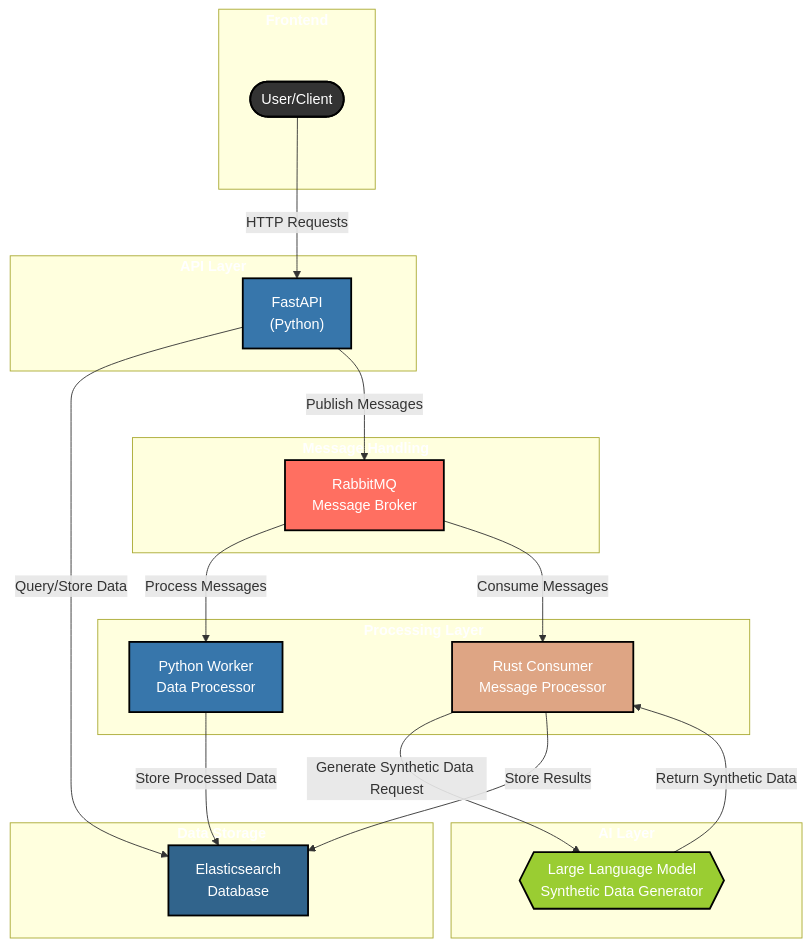
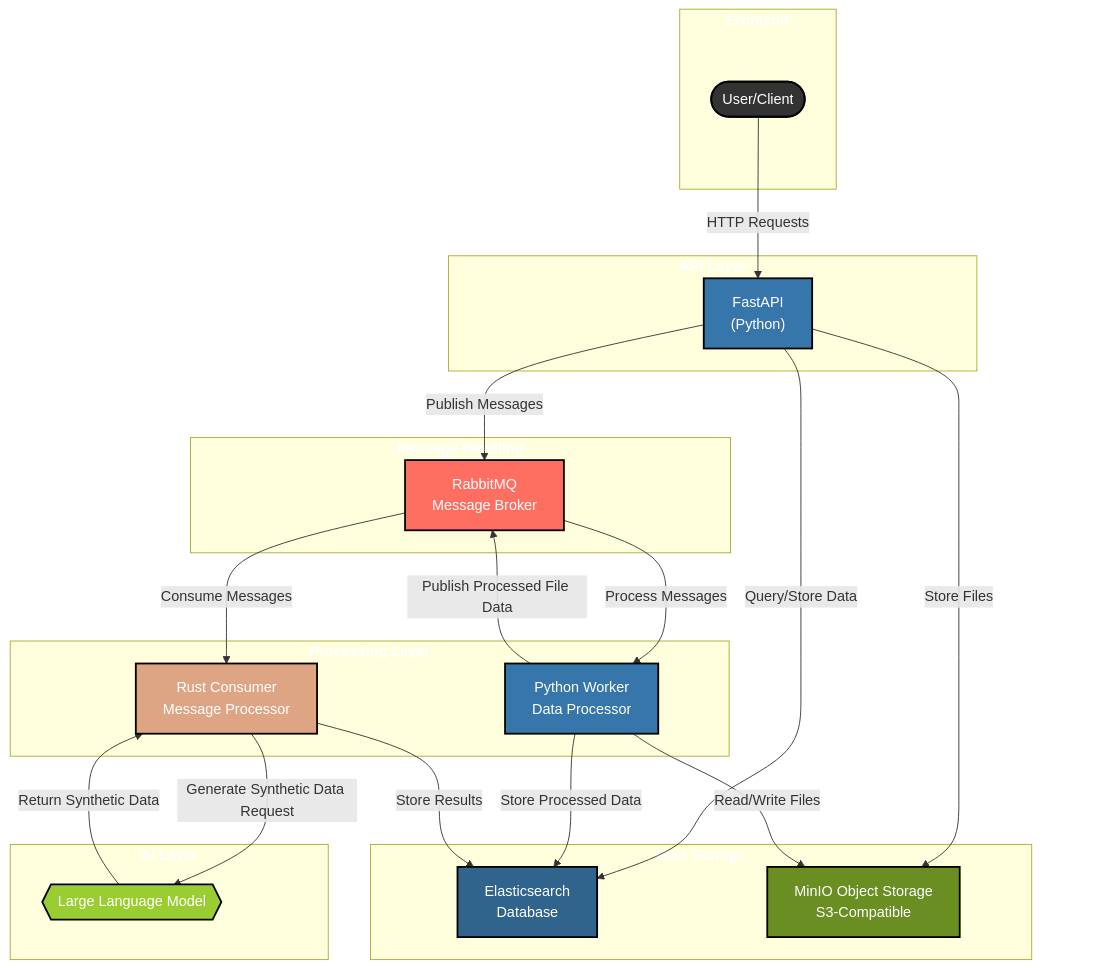
Before and after one commit to nasirus/synthgen: the diagram in README.md, drawn with Mermaid. The commit also changed 1 other file, not shown here.

Commit message:
Add MinIO for temporary file storage in architecture
- Integrated MinIO S3-compatible object storage into system architecture
- Updated ARCHITECTURE.md and README.md flowcharts to include MinIO
- Defined MinIO's role in temporary file handling for workers and API
- Modified data flow description to incorporate file storage and processing steps
- Added new architecture section explaining MinIO's purpose and functionality

```diff
--- a/README.md
+++ b/README.md
@@ -61,8 +61,9 @@
     Message Broker"]
     elasticsearch["Elasticsearch
     Database"]
-    llm{{"Large Language Model
-    Synthetic Data Generator"}}
+    minio["MinIO Object Storage
+    S3-Compatible"]
+    llm{{"Large Language Model"}}
     consumer["Rust Consumer
     Message Processor"]
     worker["Python Worker
@@ -72,9 +73,12 @@
     client -->|"HTTP Requests"| api
     api -->|"Query/Store Data"| elasticsearch
     api -->|"Publish Messages"| rabbitmq
+    api -->|"Store Files"| minio
     rabbitmq -->|"Process Messages"| worker
+    worker -->|"Publish Processed File Data"| rabbitmq
     rabbitmq -->|"Consume Messages"| consumer
     worker -->|"Store Processed Data"| elasticsearch
+    worker -->|"Read/Write Files"| minio
     consumer -->|"Generate Synthetic Data Request"| llm
     llm -->|"Return Synthetic Data"| consumer
     consumer -->|"Store Results"| elasticsearch
@@ -83,6 +87,7 @@
     classDef clientStyle fill:#333,stroke:#000,color:white,stroke-width:2px,text-align:center
     classDef apiStyle fill:#3776AB,stroke:#000,color:white,stroke-width:2px,text-align:center
     classDef dbStyle fill:#31648C,stroke:#000,color:white,stroke-width:2px,text-align:center
+    classDef storageStyle fill:#6B8E23,stroke:#000,color:white,stroke-width:2px,text-align:center
     classDef msgStyle fill:#FF6F61,stroke:#000,color:white,stroke-width:2px,text-align:center
     classDef llmStyle fill:#9ACD32,stroke:#000,color:white,stroke-width:2px,text-align:center
     classDef workerStyle fill:#3776AB,stroke:#000,color:white,stroke-width:2px,text-align:center
@@ -95,6 +100,7 @@
     class client clientStyle
     class api apiStyle
     class elasticsearch dbStyle
+    class minio storageStyle
     class rabbitmq msgStyle
     class llm llmStyle
     class worker workerStyle
@@ -111,6 +117,7 @@
     
     subgraph DataStorage["Data Storage"]
         elasticsearch
+        minio
     end
     
     subgraph MessageHandling["Message Handling"]
```
